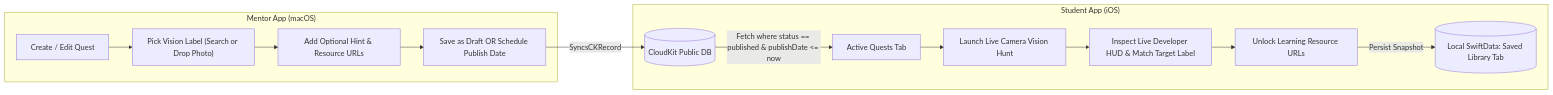
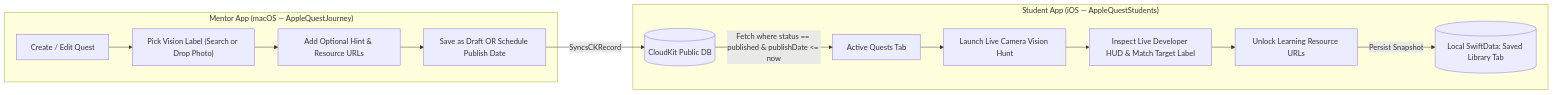
One commit to octavianusg/AppleQuestJourney changed the diagram in spec.md. Above: the diagram before and after it, drawn with Mermaid. The commit also changed other lines of this file and 40 other files, not shown here.

````diff
--- a/spec.md
+++ b/spec.md
@@ -106,18 +108,18 @@
 ```mermaid
 flowchart LR
-    subgraph macOS["Mentor App (macOS)"]
+    subgraph macOS["Mentor App (macOS — AppleQuestJourney)"]
         M1["Create / Edit Quest"] --> M2["Pick Vision Label (Search or Drop Photo)"]
         M2 --> M3["Add Optional Hint & Resource URLs"]
         M3 --> M4["Save as Draft OR Schedule Publish Date"]
     end
 
     M4 -->|SyncsCKRecord| CK[("CloudKit Public DB")]
 
-    subgraph iOS["Student App (iOS)"]
+    subgraph iOS["Student App (iOS — AppleQuestStudents)"]
         CK -->|Fetch where status == published & publishDate <= now| S1["Active Quests Tab"]
         S1 --> S2["Launch Live Camera Vision Hunt"]
         S2 --> S3["Inspect Live Developer HUD & Match Target Label"]
         S3 --> S4["Unlock Learning Resource URLs"]
         S4 -->|Persist Snapshot| S5[("Local SwiftData: Saved Library Tab")]
     end
 ```
````
